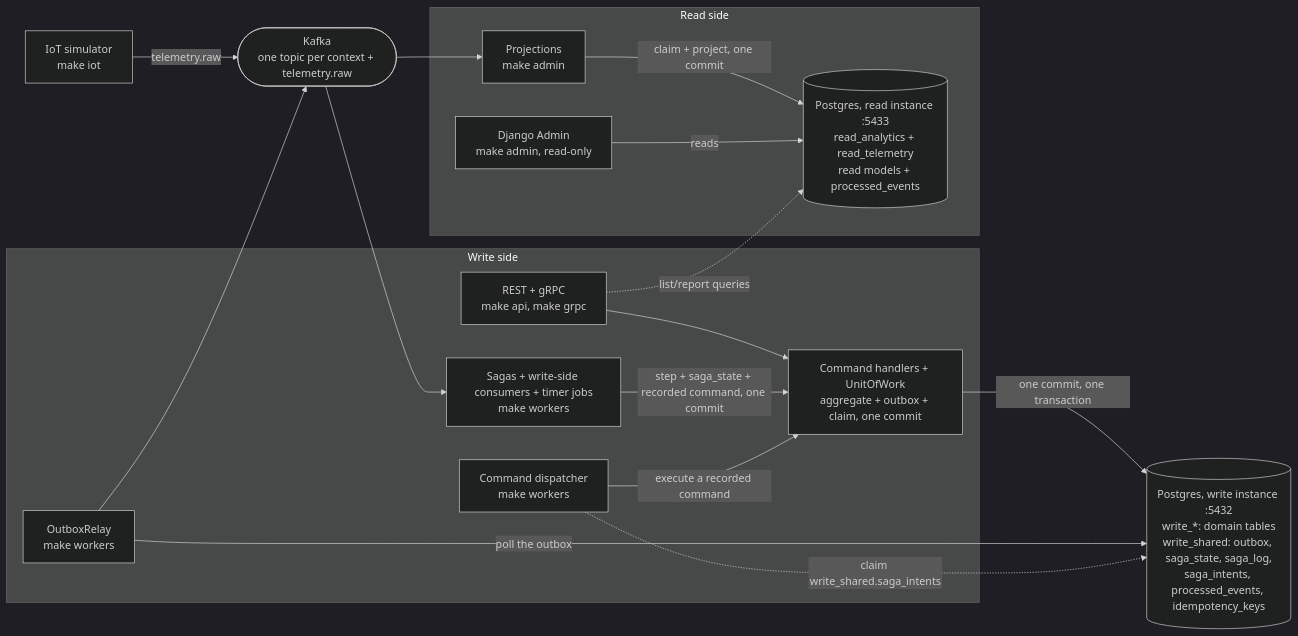
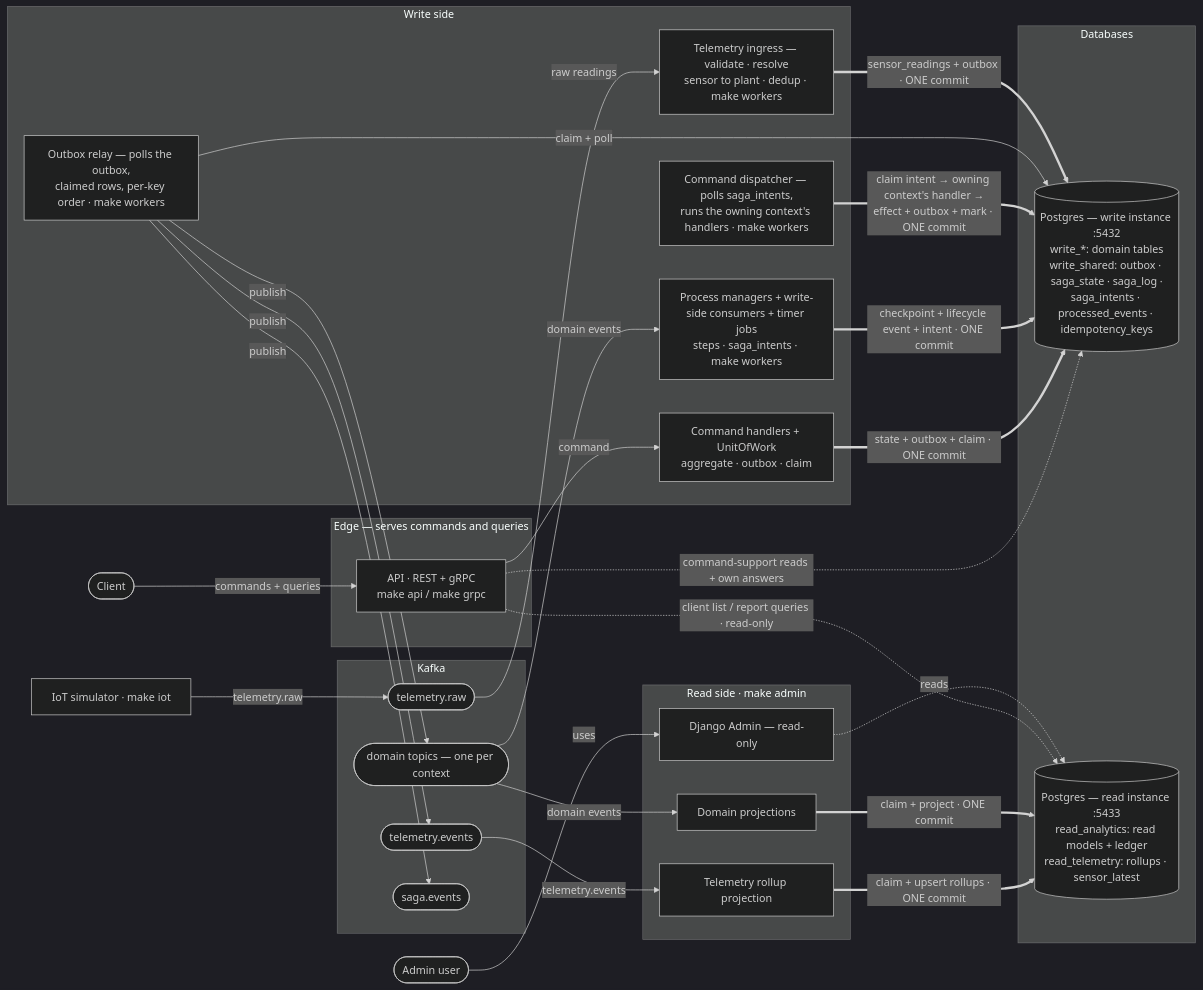
The diagram in README.md (DisMosGit/plantkeeper), drawn with Mermaid (dark theme) before and after one commit. The commit also changed other lines of this file, not shown here.

Commit message:
docs: draw the README's topology as the platform runs it
The front page's sketch still showed one Kafka topic per context plus
`telemetry.raw`, a single projection writing the read side, and no telemetry
ingress, command dispatcher or second read schema — several revisions out of date,
and the first thing a reader sees.

It now mirrors the design: the five components `make workers` runs, the two
Postgres instances with the schemas each owns, and the four topic families, with
thick arrows for the writes that commit in one transaction, dotted arrows for
reads and plain arrows for message flow and relay claims. The Django Admin
section says the same in prose: the read instance's `public` schema holds the
framework's own tables, `read_analytics` holds the domain read models and the
consumer ledger every projection claims a delivery in, and `read_telemetry`
holds the rollups and the latest row per sensor.

The sketch stays hand-drawn and deliberately unguarded; the generated diagrams
under `docs/diagrams/` remain the ones `tests/unit/docs` fails on when they
drift.

````diff
--- a/README.md
+++ b/README.md
@@ -15,31 +15,64 @@
 ```mermaid
 flowchart LR
-  subgraph write [Write side]
-    API["REST + gRPC<br/>make api, make grpc"]
-    UOW["Command handlers + UnitOfWork<br/>aggregate + outbox + claim, one commit"]
-    RELAY["OutboxRelay<br/>make workers"]
-    SAGA["Sagas + write-side consumers + timer jobs<br/>make workers"]
-    DISPATCH["Command dispatcher<br/>make workers"]
+  USER(["Client"])
+  OPS(["Admin user"])
+  IOT["IoT simulator · make iot"]
+
+  subgraph entry ["Edge — serves commands and queries"]
+    API["API · REST + gRPC<br/>make api / make grpc"]
   end
-  PGW[("Postgres, write instance :5432<br/>write_*: domain tables<br/>write_shared: outbox, saga_state, saga_log,<br/>saga_intents, processed_events, idempotency_keys")]
-  K(["Kafka<br/>one topic per context + telemetry.raw"])
-  IOT["IoT simulator<br/>make iot"]
-  subgraph read [Read side]
-    PROJ["Projections<br/>make admin"]
-    PGR[("Postgres, read instance :5433<br/>read_analytics + read_telemetry<br/>read models + processed_events")]
-    ADMIN["Django Admin<br/>make admin, read-only"]
+
+  subgraph write ["Write side"]
+    UOW["Command handlers + UnitOfWork<br/>aggregate · outbox · claim"]
+    SAGA["Process managers + write-side consumers + timer jobs<br/>steps · saga_intents · make workers"]
+    DISPATCH["Command dispatcher — polls saga_intents,<br/>runs the owning context's handlers · make workers"]
+    INGRESS["Telemetry ingress — validate · resolve<br/>sensor to plant · dedup · make workers"]
+    RELAY["Outbox relay — polls the outbox,<br/>claimed rows, per-key order · make workers"]
   end
-  API --> UOW
-  API -.->|"list/report queries"| PGR
-  UOW -->|"one commit, one transaction"| PGW
-  RELAY -->|poll the outbox| PGW
-  RELAY --> K
-  K --> SAGA
-  SAGA -->|"step + saga_state + recorded command, one commit"| UOW
-  DISPATCH -->|"execute a recorded command"| UOW
-  DISPATCH -.->|claim write_shared.saga_intents| PGW
-  IOT -->|telemetry.raw| K
-  K --> PROJ
-  PROJ -->|"claim + project, one commit"| PGR
-  ADMIN -->|reads| PGR
+
+  subgraph dbs ["Databases"]
+    PG[("Postgres — write instance :5432<br/>write_*: domain tables<br/>write_shared: outbox · saga_state · saga_log ·<br/>saga_intents · processed_events · idempotency_keys")]
+    RDB[("Postgres — read instance :5433<br/>read_analytics: read models + ledger<br/>read_telemetry: rollups · sensor_latest")]
+  end
+
+  subgraph kafka ["Kafka"]
+    T_DOM(["domain topics — one per context"])
+    T_RAW(["telemetry.raw"])
+    T_TELE(["telemetry.events"])
+    T_SAGA(["saga.events"])
+  end
+
+  subgraph read ["Read side · make admin"]
+    PROJ["Domain projections"]
+    TELEPROJ["Telemetry rollup projection"]
+    ADMIN["Django Admin — read-only"]
+  end
+
+  USER -->|"commands + queries"| API
+  OPS -->|"uses"| ADMIN
+
+  API -->|"command"| UOW
+  API -.->|"command-support reads + own answers"| PG
+  UOW ==>|"state + outbox + claim · ONE commit"| PG
+
+  T_DOM -->|"domain events"| SAGA
+  SAGA ==>|"checkpoint + lifecycle event + intent · ONE commit"| PG
+  DISPATCH ==>|"claim intent → owning context's handler →<br/>effect + outbox + mark · ONE commit"| PG
+
+  RELAY -->|"claim + poll"| PG
+  RELAY -->|"publish"| T_DOM
+  RELAY -->|"publish"| T_TELE
+  RELAY -->|"publish"| T_SAGA
+
+  IOT -->|"telemetry.raw"| T_RAW
+  T_RAW -->|"raw readings"| INGRESS
+  INGRESS ==>|"sensor_readings + outbox · ONE commit"| PG
+
+  T_TELE -->|"telemetry.events"| TELEPROJ
+  TELEPROJ ==>|"claim + upsert rollups · ONE commit"| RDB
+
+  T_DOM -->|"domain events"| PROJ
+  PROJ ==>|"claim + project · ONE commit"| RDB
+  API -.->|"client list / report queries · read-only"| RDB
+  ADMIN -.->|"reads"| RDB
 ```
````
